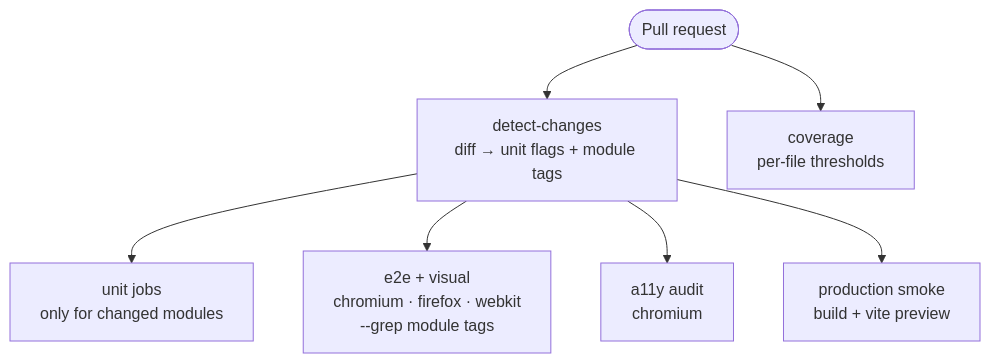
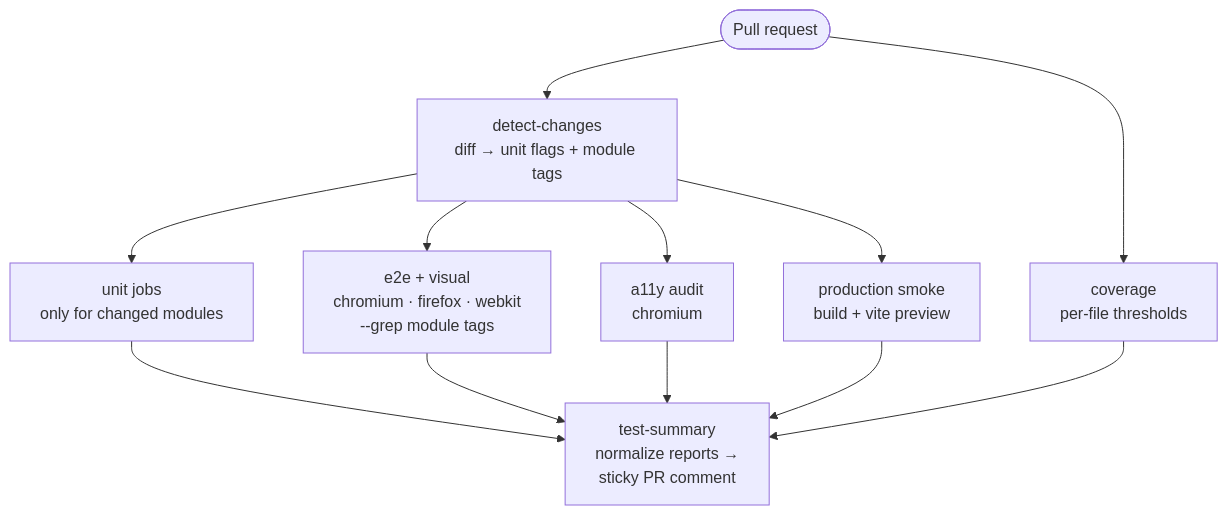
One commit to rio-ap/web-playground changed the first of 2 diagrams in README.md. Above: the diagram before and after it, drawn with Mermaid. The commit also changed other lines of this file, not shown here.

````diff
--- a/README.md
+++ b/README.md
@@ -74,9 +75,14 @@
 ```mermaid
 flowchart TD
   PR([Pull request]) --> DC["detect-changes<br/>diff → unit flags + module tags"]
   DC --> U["unit jobs<br/>only for changed modules"]
   DC --> E["e2e + visual<br/>chromium · firefox · webkit<br/>--grep module tags"]
   DC --> A["a11y audit<br/>chromium"]
   DC --> SM["production smoke<br/>build + vite preview"]
   PR --> C["coverage<br/>per-file thresholds"]
+  U --> TS["test-summary<br/>normalize reports →<br/>sticky PR comment"]
+  E --> TS
+  A --> TS
+  SM --> TS
+  C --> TS
 ```
````
